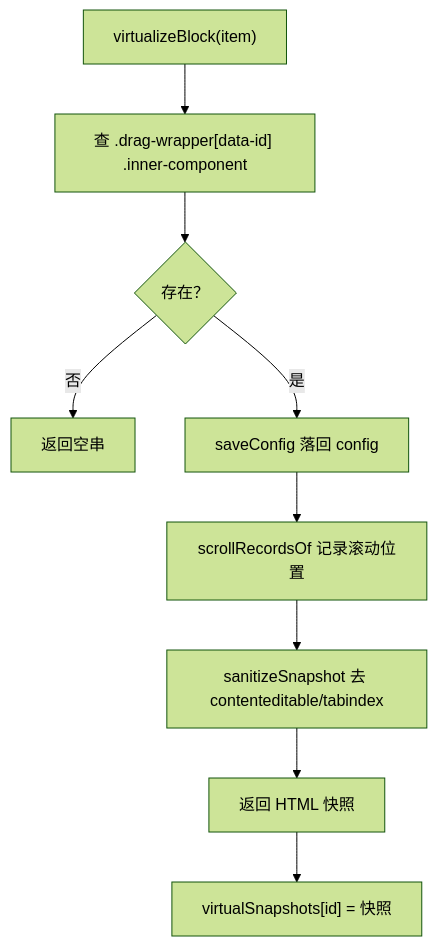
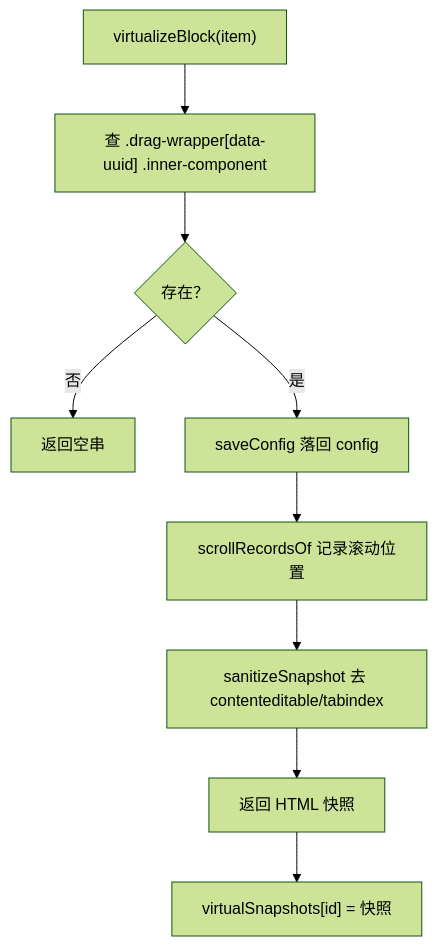
One commit to LogicAurora/Mindrizzle changed the fourth of 5 diagrams in src/docs/flow/05-block-lifecycle.md. Above: the diagram before and after it, drawn with Mermaid (forest theme). The commit also changed other lines of this file and 21 other files, not shown here.

````diff
--- a/src/docs/flow/05-block-lifecycle.md
+++ b/src/docs/flow/05-block-lifecycle.md
@@ -69,11 +69,11 @@
 ```mermaid
 flowchart TD
-  A["virtualizeBlock(item)"] --> B["查 .drag-wrapper[data-id] .inner-component"]
+  A["virtualizeBlock(item)"] --> B["查 .drag-wrapper[data-uuid] .inner-component"]
   B --> C{"存在？"}
   C -->|否| Z["返回空串"]
   C -->|是| D["saveConfig 落回 config"]
   D --> E["scrollRecordsOf 记录滚动位置"]
   E --> F["sanitizeSnapshot 去 contenteditable/tabindex"]
   F --> G["返回 HTML 快照"]
   G --> H["virtualSnapshots[id] = 快照"]
 ```
````
